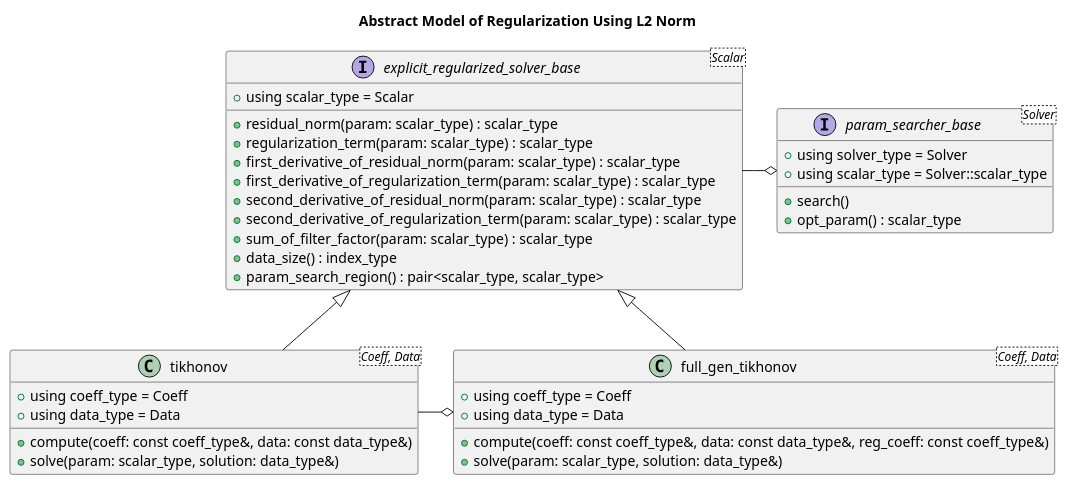
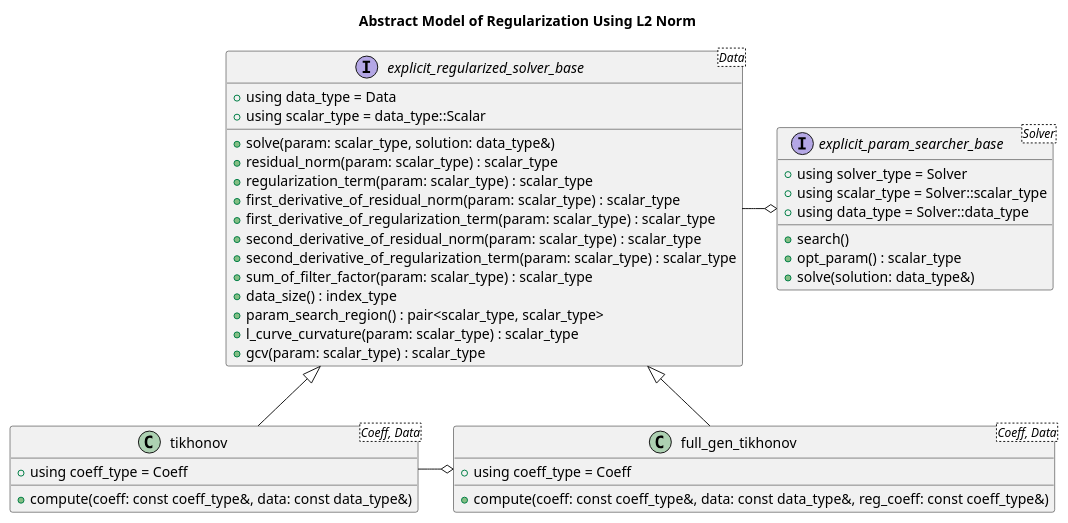
One commit to MusicScience37/numerical-collection-cpp changed the diagram in doc/sphinx/src/basic_design/regularization.rst. Above: the diagram before and after it, drawn with PlantUML. The commit also changed 7 other files, not shown here.

```diff
--- a/doc/sphinx/src/basic_design/regularization.rst
+++ b/doc/sphinx/src/basic_design/regularization.rst
@@ -7,41 +7,43 @@
 .. uml::
 
     title Abstract Model of Regularization Using L2 Norm
 
-    interface explicit_regularized_solver_base<Scalar> {
-        + using scalar_type = Scalar
+    interface explicit_regularized_solver_base<Data> {
+        + using data_type = Data
+        + using scalar_type = data_type::Scalar
+        + solve(param: scalar_type, solution: data_type&)
         + residual_norm(param: scalar_type) : scalar_type
         + regularization_term(param: scalar_type) : scalar_type
         + first_derivative_of_residual_norm(param: scalar_type) : scalar_type
         + first_derivative_of_regularization_term(param: scalar_type) : scalar_type
         + second_derivative_of_residual_norm(param: scalar_type) : scalar_type
         + second_derivative_of_regularization_term(param: scalar_type) : scalar_type
         + sum_of_filter_factor(param: scalar_type) : scalar_type
         + data_size() : index_type
         + param_search_region() : pair<scalar_type, scalar_type>
+        + l_curve_curvature(param: scalar_type) : scalar_type
+        + gcv(param: scalar_type) : scalar_type
     }
 
     class tikhonov<Coeff, Data> {
         + using coeff_type = Coeff
-        + using data_type = Data
         + compute(coeff: const coeff_type&, data: const data_type&)
-        + solve(param: scalar_type, solution: data_type&)
     }
     explicit_regularized_solver_base <|-- tikhonov
 
     class full_gen_tikhonov<Coeff, Data> {
         + using coeff_type = Coeff
-        + using data_type = Data
         + compute(coeff: const coeff_type&, data: const data_type&, reg_coeff: const coeff_type&)
-        + solve(param: scalar_type, solution: data_type&)
     }
     explicit_regularized_solver_base <|-- full_gen_tikhonov
     full_gen_tikhonov o-left- tikhonov
 
-    interface param_searcher_base<Solver> {
+    interface explicit_param_searcher_base<Solver> {
         + using solver_type = Solver
         + using scalar_type = Solver::scalar_type
+        + using data_type = Solver::data_type
         + search()
         + opt_param() : scalar_type
+        + solve(solution: data_type&)
     }
-    param_searcher_base o-left- explicit_regularized_solver_base
+    explicit_param_searcher_base o-left- explicit_regularized_solver_base
```
